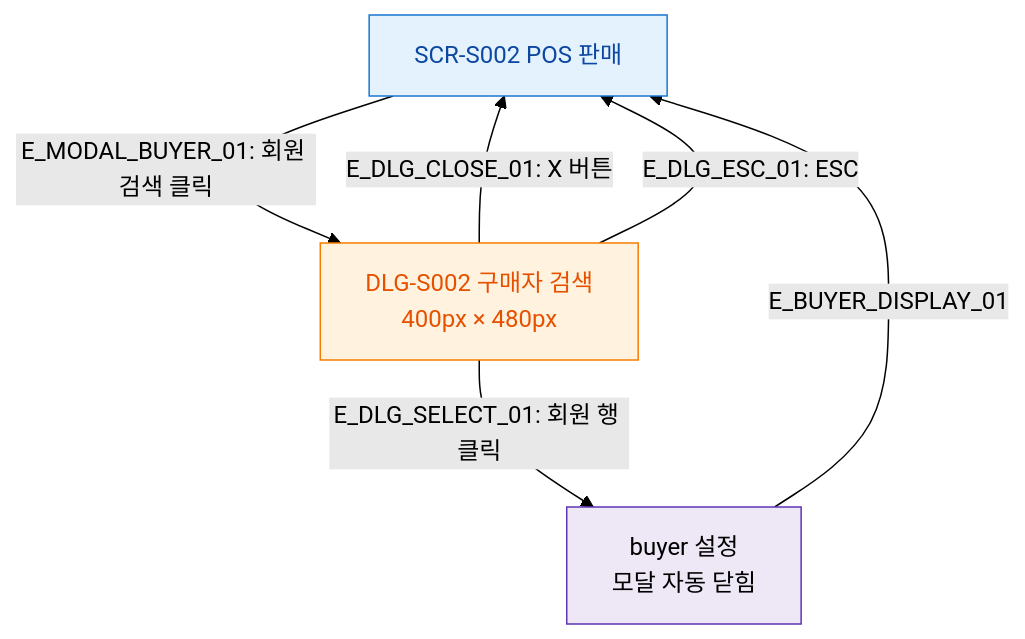
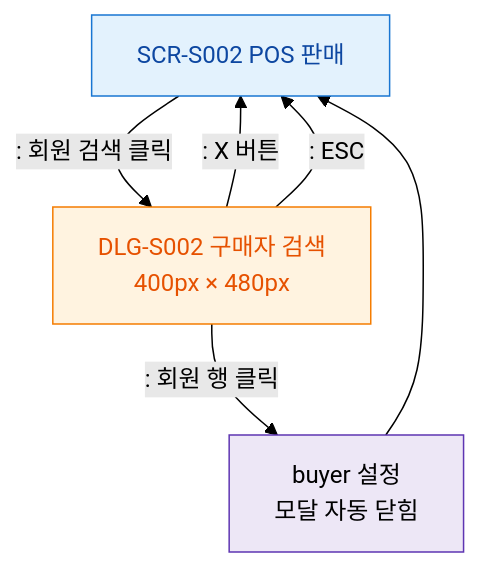
Before and after one commit to dev-spogym/admin-pando: the diagram in docs/다이어그램/D03_매출관리/SCR-S002_POS판매/F5_모달트리거.md, drawn with Mermaid (forest theme). The commit also changed other lines of this file and 1660 other files, not shown here.

First line of the commit message:
다이어그램: 기획자/클라이언트 납품본으로 정리

````diff
--- a/docs/다이어그램/D03_매출관리/SCR-S002_POS판매/F5_모달트리거.md
+++ b/docs/다이어그램/D03_매출관리/SCR-S002_POS판매/F5_모달트리거.md
@@ -20,20 +18,20 @@
 ```mermaid
 flowchart TD
     S002[SCR-S002 POS 판매]
 
-    S002 -->|"E_MODAL_BUYER_01: 회원 검색 클릭"| DLG_S002[DLG-S002 구매자 검색\n400px × 480px]
+    S002 -->|": 회원 검색 클릭"|DLG_S002[DLG-S002 구매자 검색\n400px × 480px]
 
-    DLG_S002 -->|"E_DLG_SELECT_01: 회원 행 클릭"| BUYER_SET[buyer 설정\n모달 자동 닫힘]
-    DLG_S002 -->|"E_DLG_CLOSE_01: X 버튼"| S002
-    DLG_S002 -->|"E_DLG_ESC_01: ESC"| S002
+    DLG_S002 -->|": 회원 행 클릭"|BUYER_SET[buyer 설정\n모달 자동 닫힘]
+    DLG_S002 -->|": X 버튼"|S002
+    DLG_S002 -->|": ESC"|S002
 
-    BUYER_SET -->|E_BUYER_DISPLAY_01| S002
+    BUYER_SET --> S002
 
     classDef screen fill:#E3F2FD,stroke:#1976D2,color:#0D47A1
     classDef modal fill:#FFF3E0,stroke:#F57C00,color:#E65100
     classDef system fill:#EDE7F6,stroke:#5E35B2
 
     class S002 screen
     class DLG_S002 modal
     class BUYER_SET system
 ```
````
